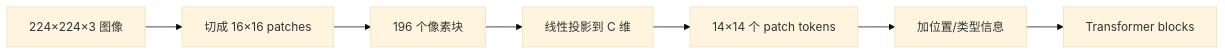
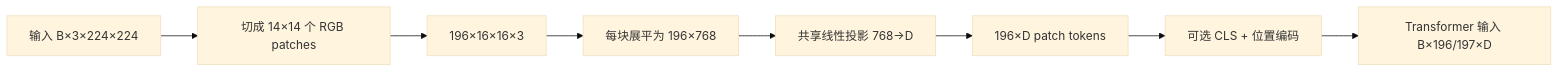
The first of 3 diagrams in LLM-Wiki/concepts/technology/vision-transformer-token-pruning-basics.md (Lotaliz/Contrail), drawn with Mermaid (base theme) before and after one commit. The commit also changed other lines of this file and 111 other files, not shown here.

````diff
--- a/LLM-Wiki/concepts/technology/vision-transformer-token-pruning-basics.md
+++ b/LLM-Wiki/concepts/technology/vision-transformer-token-pruning-basics.md
@@ -33,9 +50,10 @@
 ```mermaid
 flowchart LR
-    A[224×224×3 图像] --> B[切成 16×16 patches]
-    B --> C[196 个像素块]
-    C --> D[线性投影到 C 维]
-    D --> E[14×14 个 patch tokens]
-    E --> F[加位置/类型信息]
-    F --> G[Transformer blocks]
+    A[输入 B×3×224×224] --> B[切成 14×14 个 RGB patches]
+    B --> C[196×16×16×3]
+    C --> D[每块展平为 196×768]
+    D --> E[共享线性投影 768→D]
+    E --> F[196×D patch tokens]
+    F --> G[可选 CLS + 位置编码]
+    G --> H[Transformer 输入 B×196/197×D]
 ```
````
